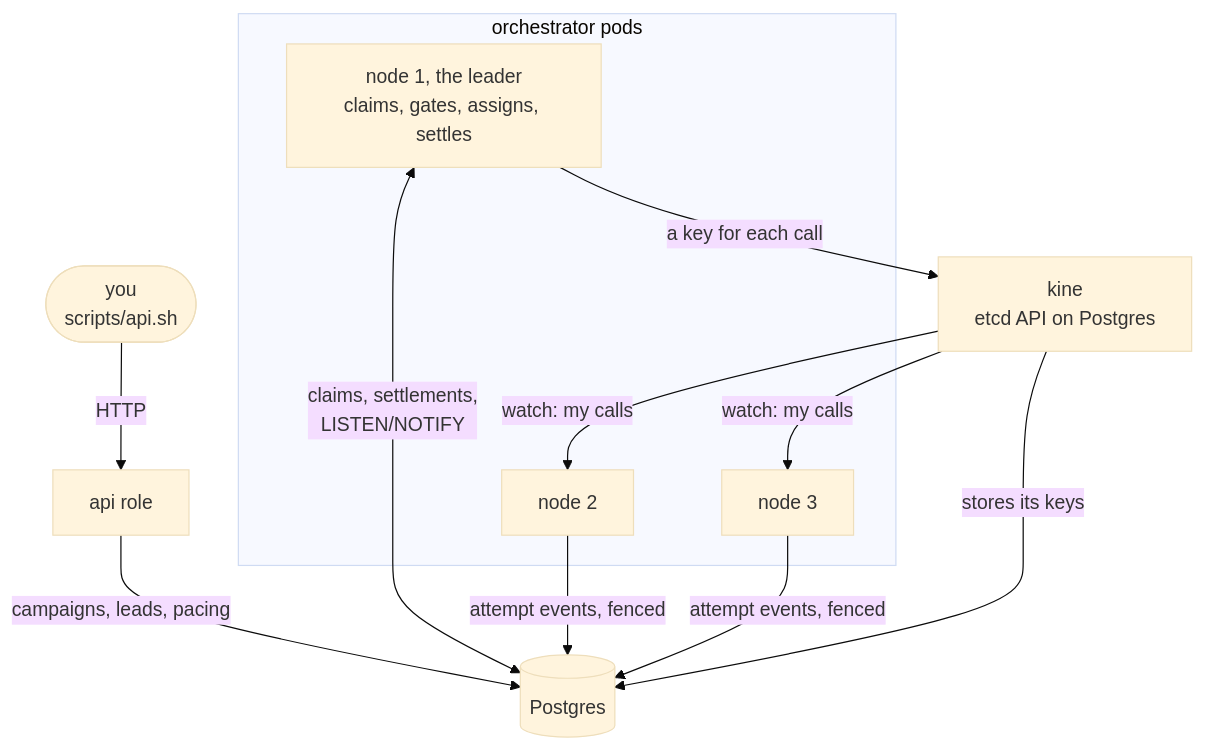
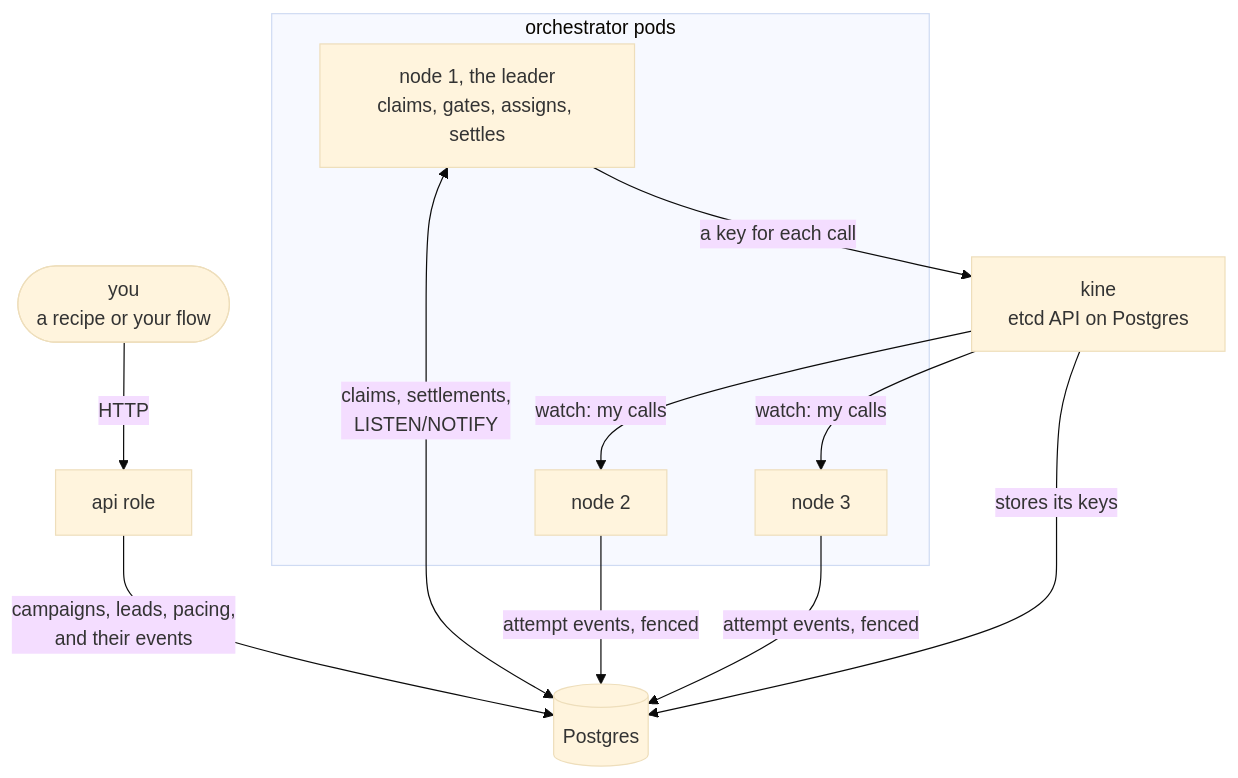
One commit to sandys/swarmpbx changed the third of 10 diagrams in README.md. Above: the diagram before and after it, drawn with Mermaid (base theme). The commit also changed other lines of this file and 84 other files, not shown here.

````diff
--- a/README.md
+++ b/README.md
@@ -149,17 +151,17 @@
 ```mermaid
 flowchart TB
-    you(["you<br/>scripts/api.sh"]) -->|HTTP| api["api role"]
-    api -->|"campaigns, leads, pacing"| pg[("Postgres")]
+    you(["you<br/>a recipe or your flow"]) -->|HTTP| api["api role"]
+    api -->|"campaigns, leads, pacing,<br/>and their events"| pg[("Postgres")]
     subgraph orch["orchestrator pods"]
         leader["node 1, the leader<br/>claims, gates, assigns, settles"]
         node2["node 2"]
         node3["node 3"]
     end
     leader <-->|"claims, settlements,<br/>LISTEN/NOTIFY"| pg
     leader -->|"a key for each call"| kine["kine<br/>etcd API on Postgres"]
     kine -->|"watch: my calls"| node2
     kine -->|"watch: my calls"| node3
     node2 -->|"attempt events, fenced"| pg
     node3 -->|"attempt events, fenced"| pg
     kine -->|"stores its keys"| pg
 ```
````
